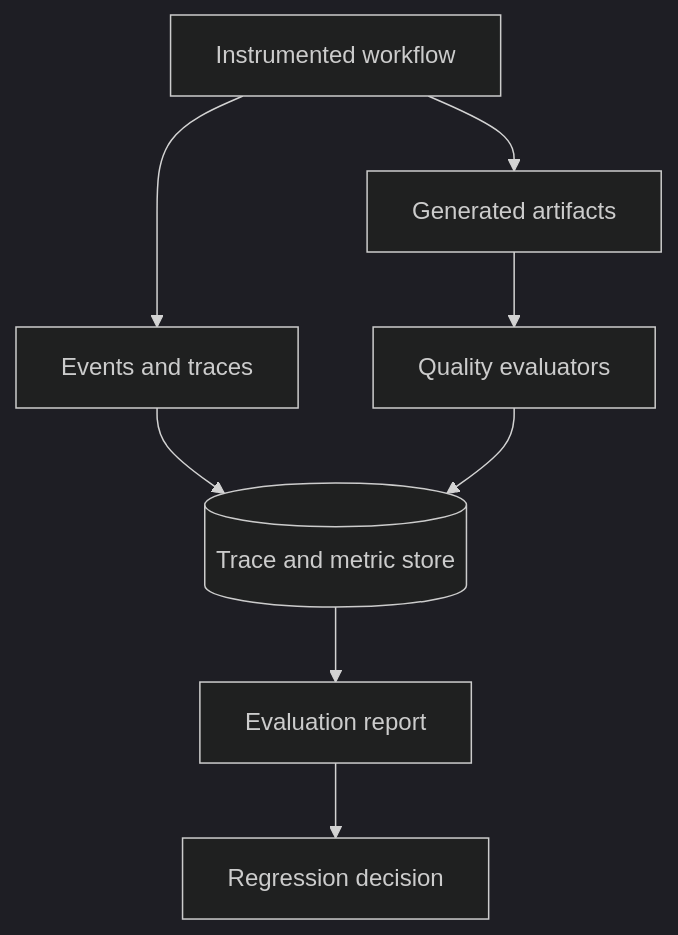
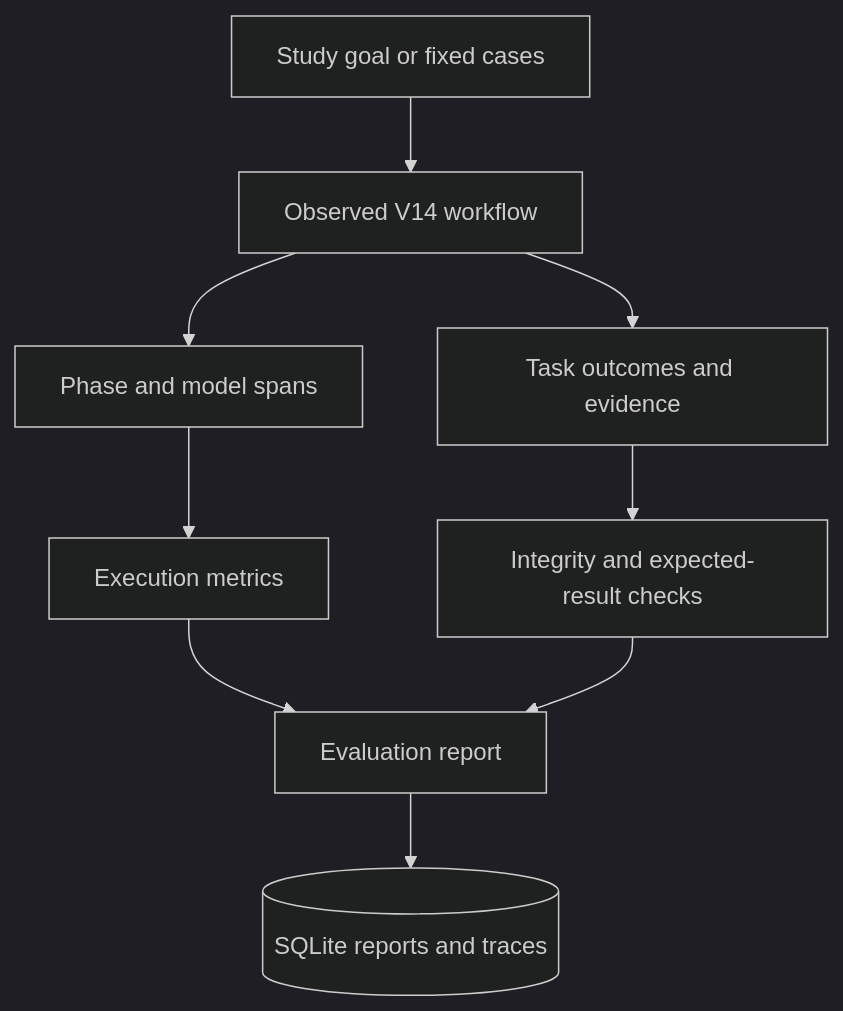
One commit to anne500/multi-agent-study-guide changed diagram 17 of 20 in docs/ARCHITECTURE.md. Above: the diagram before and after it, drawn with Mermaid (dark theme). The commit also changed other lines of this file and 5 other files, not shown here.

````diff
--- a/docs/ARCHITECTURE.md
+++ b/docs/ARCHITECTURE.md
@@ -351,10 +354,11 @@
 ```mermaid
 flowchart TD
-    A[Instrumented workflow] --> B[Events and traces]
-    A --> C[Generated artifacts]
-    B --> D[(Trace and metric store)]
-    C --> E[Quality evaluators]
-    E --> D
-    D --> F[Evaluation report]
-    F --> G[Regression decision]
+    A[Study goal or fixed cases] --> B[Observed V14 workflow]
+    B --> C[Phase and model spans]
+    B --> D[Task outcomes and evidence]
+    C --> E[Execution metrics]
+    D --> F[Integrity and expected-result checks]
+    E --> G[Evaluation report]
+    F --> G
+    G --> H[(SQLite reports and traces)]
 ```
````
